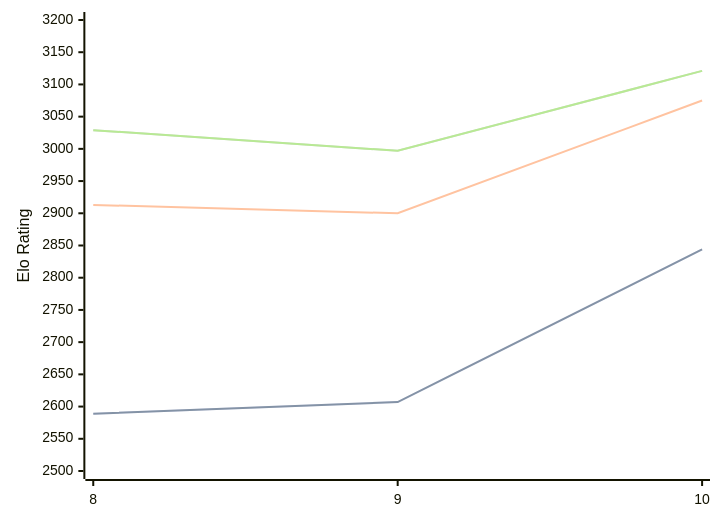
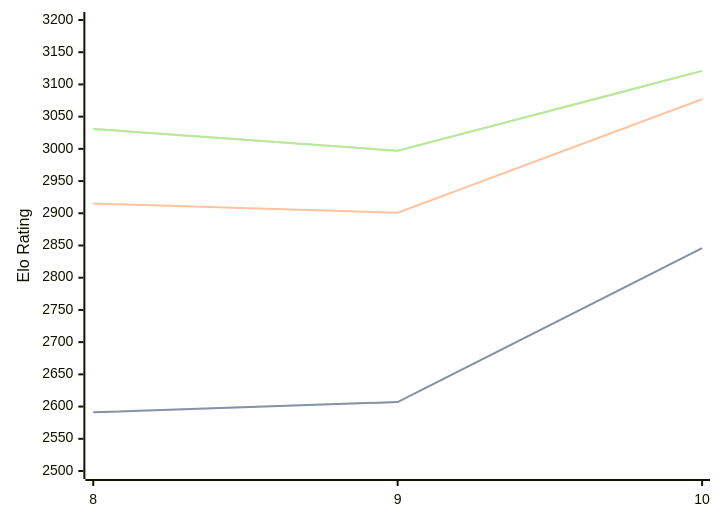
Before and after one commit to computer-chess-index/cci: the diagram in engines/Lozza.md, drawn with Mermaid. The commit also changed other lines of this file, not shown here.

Commit message:
Update CCI Ratings (ELO VLTC) - 2026-08-26

````diff
--- a/engines/Lozza.md
+++ b/engines/Lozza.md
@@ -33,11 +33,11 @@
 ```mermaid
 %%{init: {"theme":"base","themeVariables":{"seriesColors:['#a3a3a3','#222221','#faa371']}}}%%
 xychart-beta
   x-axis ["8", "9", "10"]
   y-axis "Elo Rating" 2500 --> 3200
-  line "STC (8.0+0.08s)" [2589, 2607, 2844]
-  line "STC (8.0+0.08s)" [2589, 2607, 2844]
-  line "LTC (60.0+0.60s)" [2913, 2900, 3075]
-  line "VLTC (2m24s+1.12s)" [3029, 2997, 3121]
-  line "VLTC (2m24s+1.12s)" [3029, 2997, 3121]
+  line "STC (8.0+0.08s)" [2591, 2607, 2846]
+  line "STC (8.0+0.08s)" [2591, 2607, 2846]
+  line "LTC (60.0+0.60s)" [2915, 2901, 3077]
+  line "VLTC (2m24s+1.12s)" [3031, 2997, 3121]
+  line "VLTC (2m24s+1.12s)" [3031, 2997, 3121]
 ```
````
